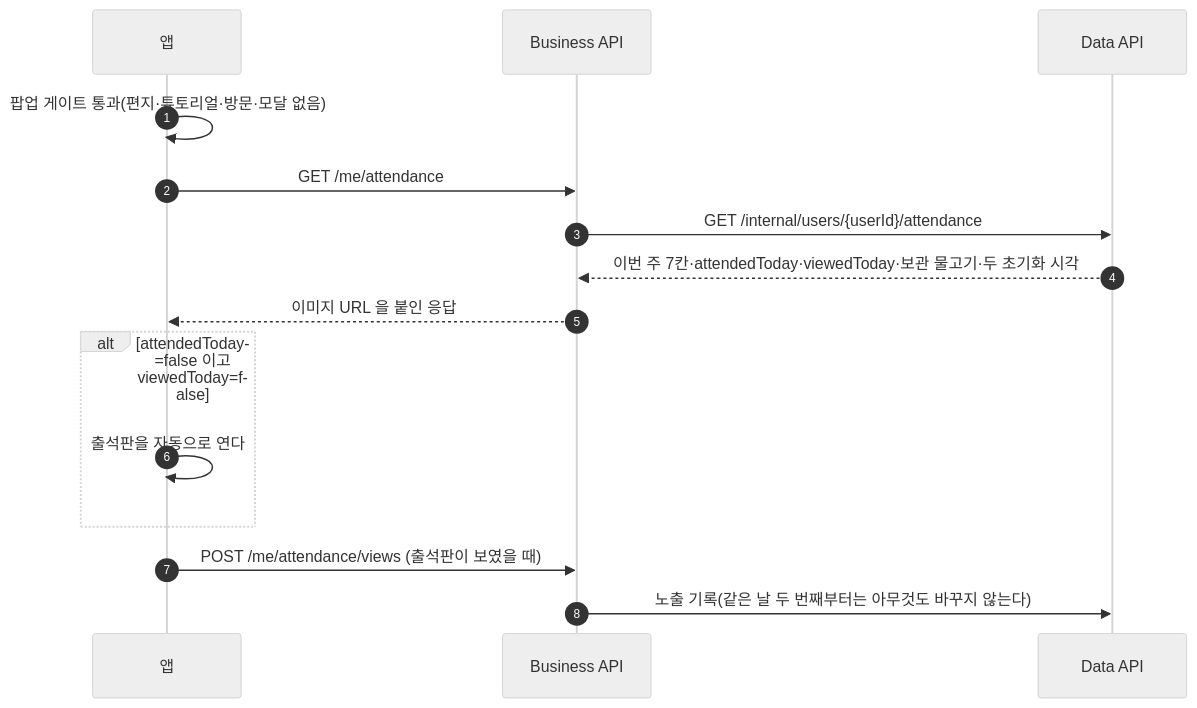
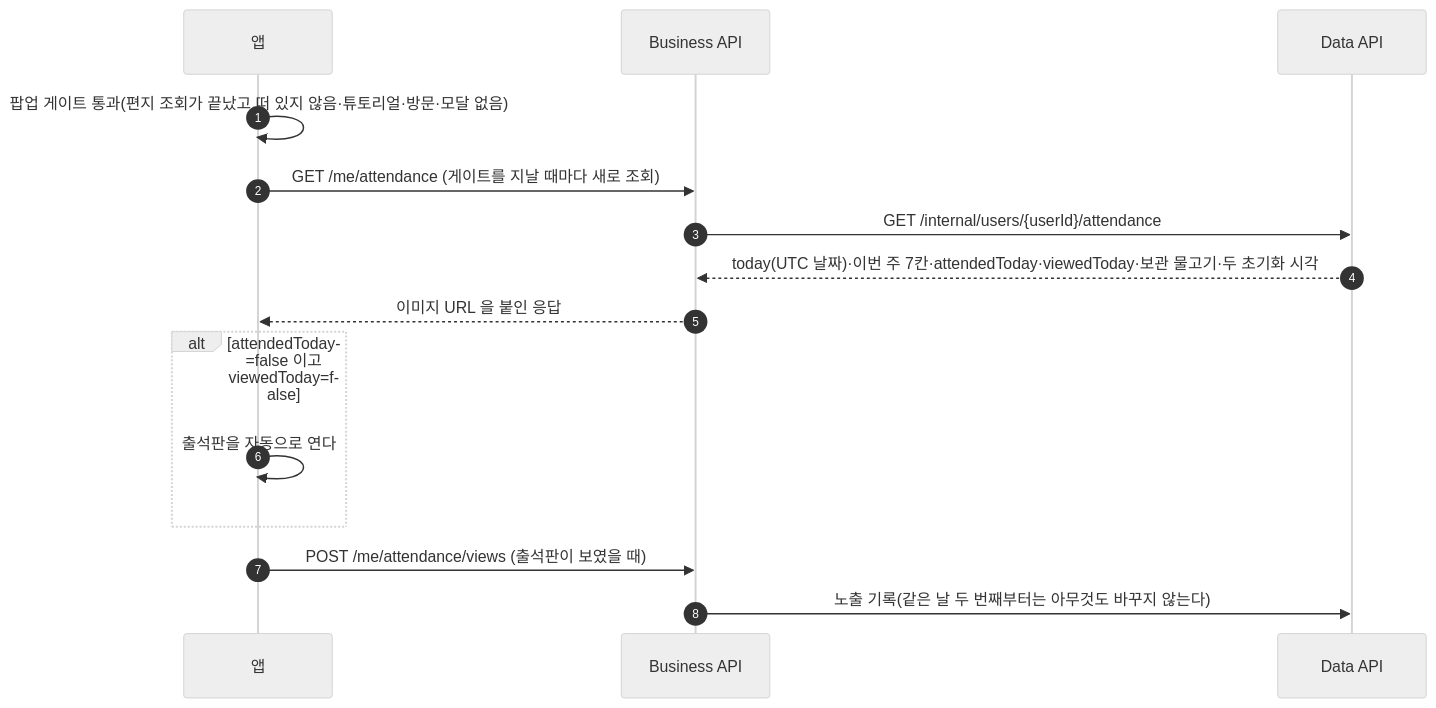
The second of 4 diagrams in docs/prd/fishcat/attendance/high-level-design.md (OneOrThree/phone), drawn with Mermaid (neutral theme) before and after one commit. The commit also changed other lines of this file, not shown here.

````diff
--- a/docs/prd/fishcat/attendance/high-level-design.md
+++ b/docs/prd/fishcat/attendance/high-level-design.md
@@ -78,17 +78,17 @@
 ```mermaid
 sequenceDiagram
   autonumber
   participant A as 앱
   participant B as Business API
   participant D as Data API
-  A->>A: 팝업 게이트 통과(편지·튜토리얼·방문·모달 없음)
-  A->>B: GET /me/attendance
+  A->>A: 팝업 게이트 통과(편지 조회가 끝났고 떠 있지 않음·튜토리얼·방문·모달 없음)
+  A->>B: GET /me/attendance (게이트를 지날 때마다 새로 조회)
   B->>D: GET /internal/users/{userId}/attendance
-  D-->>B: 이번 주 7칸·attendedToday·viewedToday·보관 물고기·두 초기화 시각
+  D-->>B: today(UTC 날짜)·이번 주 7칸·attendedToday·viewedToday·보관 물고기·두 초기화 시각
   B-->>A: 이미지 URL 을 붙인 응답
   alt attendedToday=false 이고 viewedToday=false
     A->>A: 출석판을 자동으로 연다
   end
   A->>B: POST /me/attendance/views (출석판이 보였을 때)
   B->>D: 노출 기록(같은 날 두 번째부터는 아무것도 바꾸지 않는다)
 ```
````
